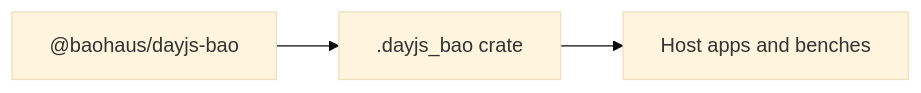
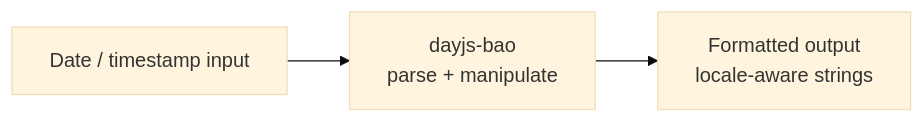
Before and after one commit to d4551/docduckgoose: the diagram in bao-source/dayjs-bao/README.md, drawn with Mermaid (base theme). The commit also changed other lines of this file and 295 other files, not shown here.

````diff
--- a/bao-source/dayjs-bao/README.md
+++ b/bao-source/dayjs-bao/README.md
@@ -10,5 +15,5 @@
 ```mermaid
 flowchart LR
-  producer["@baohaus/dayjs-bao"] --> crate[".dayjs_bao crate"]
-  crate --> consumers["Host apps and benches"]
+  input["Date / timestamp input"] --> dayjs["dayjs-bao\nparse + manipulate"]
+  dayjs --> formatted["Formatted output\nlocale-aware strings"]
 ```
````
